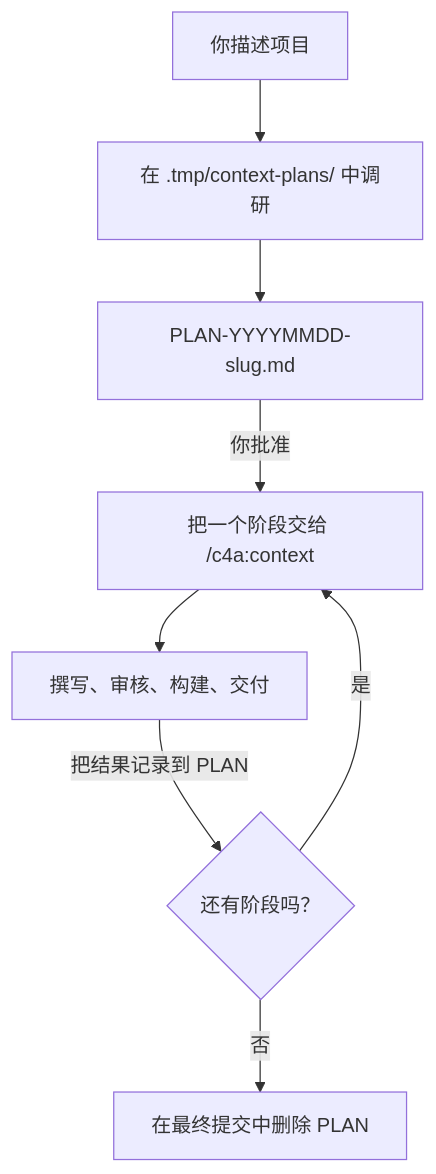
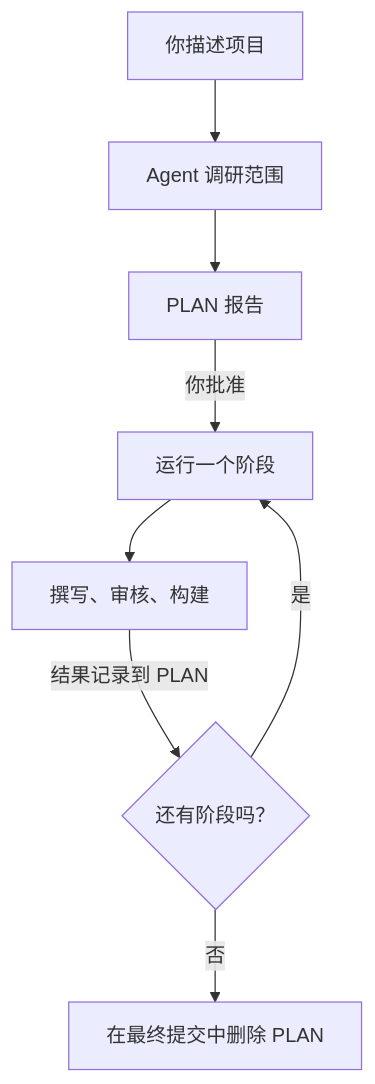
One commit to context4ai/portal changed the diagram in translations/zh-CN/sop/planning-and-production/planning-large-projects.md. Above: the diagram before and after it, drawn with Mermaid. The commit also changed other lines of this file and 129 other files, not shown here.

````diff
--- a/translations/zh-CN/sop/planning-and-production/planning-large-projects.md
+++ b/translations/zh-CN/sop/planning-and-production/planning-large-projects.md
@@ -16,10 +16,10 @@
 ```mermaid
 flowchart TD
-  ask["你描述项目"] --> research["在 .tmp/context-plans/ 中调研"]
-  research --> plan["PLAN-YYYYMMDD-slug.md"]
-  plan -->|"你批准"| stage["把一个阶段交给 /c4a:context"]
-  stage --> deliver["撰写、审核、构建、交付"]
-  deliver -->|"把结果记录到 PLAN"| next{"还有阶段吗？"}
+  ask["你描述项目"] --> research["Agent 调研范围"]
+  research --> plan["PLAN 报告"]
+  plan -->|"你批准"| stage["运行一个阶段"]
+  stage --> deliver["撰写、审核、构建"]
+  deliver -->|"结果记录到 PLAN"| next{"还有阶段吗？"}
   next -->|是| stage
   next -->|否| close["在最终提交中删除 PLAN"]
 ```
````
